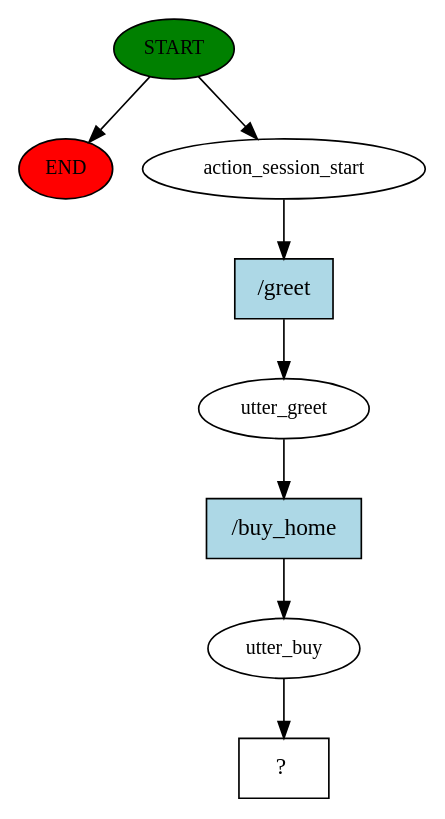
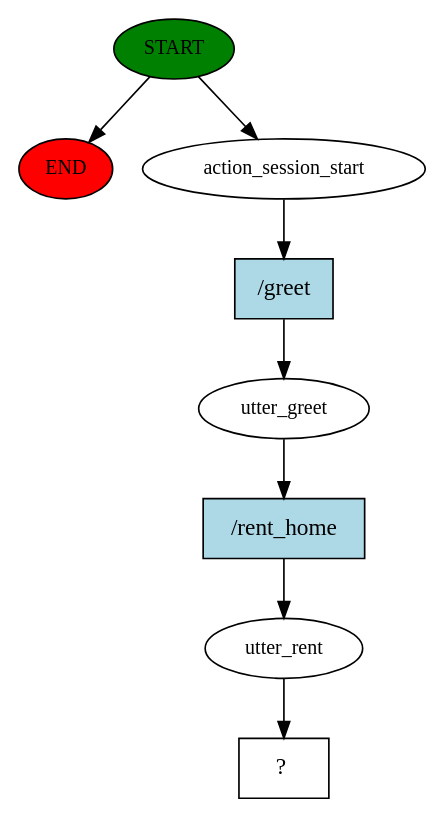
One commit to JeremiahKamama/real changed the diagram in story_graph.dot. Above: the diagram before and after it, drawn with Graphviz. The commit also changed 56 other files, not shown here.

```diff
--- a/story_graph.dot
+++ b/story_graph.dot
@@ -1,17 +1,17 @@
 digraph  {
 0 [class="start active", fillcolor=green, fontsize=12, label=START, style=filled];
 "-1" [class=end, fillcolor=red, fontsize=12, label=END, style=filled];
 1 [class=active, fontsize=12, label=action_session_start];
 2 [class=active, fontsize=12, label=utter_greet];
-3 [class=active, fontsize=12, label=utter_buy];
+3 [class=active, fontsize=12, label=utter_rent];
 4 [class="intent dashed active", label="  ?  ", shape=rect];
 5 [class="intent active", fillcolor=lightblue, label="/greet", shape=rect, style=filled];
-6 [class="intent active", fillcolor=lightblue, label="/buy_home", shape=rect, style=filled];
+6 [class="intent active", fillcolor=lightblue, label="/rent_home", shape=rect, style=filled];
 0 -> "-1"  [class="", key=NONE, label=""];
 0 -> 1  [class=active, key=NONE, label=""];
 1 -> 5  [class=active, key=0];
 2 -> 6  [class=active, key=0];
 3 -> 4  [class=active, key=NONE, label=""];
 5 -> 2  [class=active, key=0];
 6 -> 3  [class=active, key=0];
 }
```
